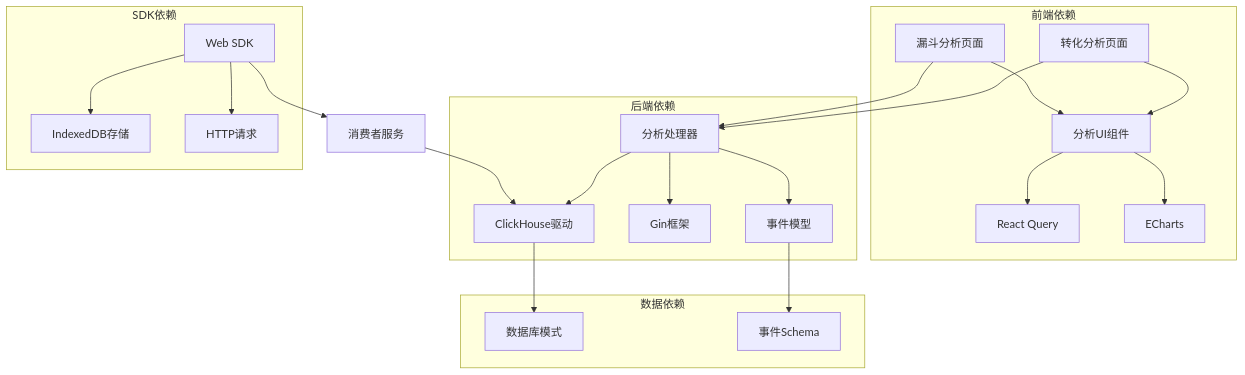
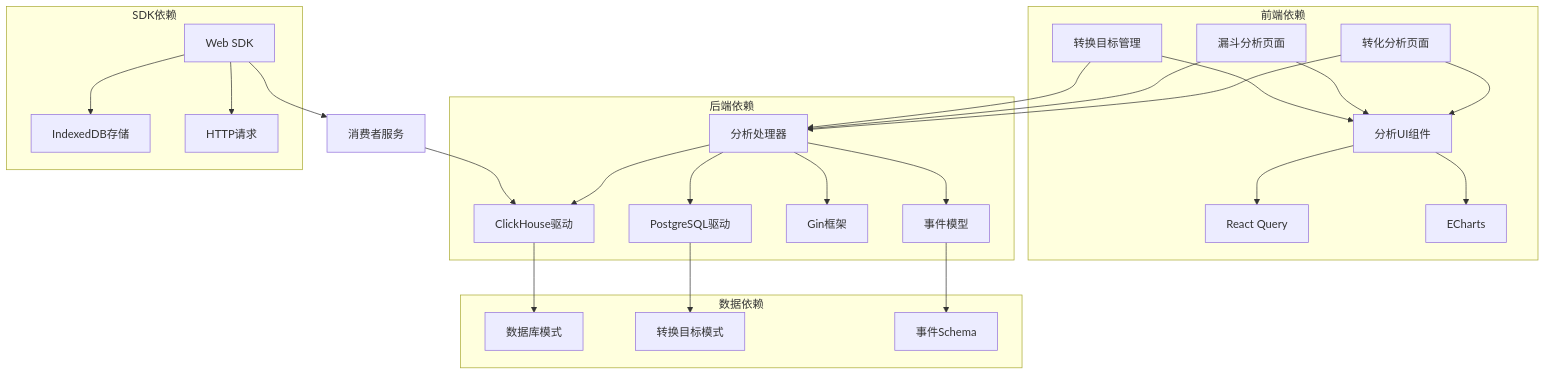
One commit to zhen-zhong/AeroLog changed the eighth of 8 diagrams in .qoder/repowiki/zh/content/Web控制台/转化分析功能.md. Above: the diagram before and after it, drawn with Mermaid. The commit also changed other lines of this file and 97 other files, not shown here.

````diff
--- a/.qoder/repowiki/zh/content/Web控制台/转化分析功能.md
+++ b/.qoder/repowiki/zh/content/Web控制台/转化分析功能.md
@@ -362,26 +484,30 @@
 ```mermaid
 graph TB
 subgraph "前端依赖"
 CONVERSIONS[转化分析页面] --> ANALYTICS_UI[分析UI组件]
 FUNNEL[漏斗分析页面] --> ANALYTICS_UI
+CONVERSION_GOALS[转换目标管理] --> ANALYTICS_UI
 ANALYTICS_UI --> REACT_QUERY[React Query]
 ANALYTICS_UI --> E_CHARTS[ECharts]
 end
 subgraph "后端依赖"
 ANALYTICS_HANDLER[分析处理器] --> CLICKHOUSE[ClickHouse驱动]
+ANALYTICS_HANDLER --> POSTGRES[PostgreSQL驱动]
 ANALYTICS_HANDLER --> GIN[Gin框架]
 ANALYTICS_HANDLER --> MODEL[事件模型]
 end
 subgraph "数据依赖"
 CLICKHOUSE --> SCHEMA[数据库模式]
+POSTGRES --> GOALS_SCHEMA[转换目标模式]
 MODEL --> EVENT_SCHEMA[事件Schema]
 end
 subgraph "SDK依赖"
 WEB_SDK[Web SDK] --> STORAGE[IndexedDB存储]
 WEB_SDK --> FETCH[HTTP请求]
 end
 CONVERSIONS --> ANALYTICS_HANDLER
 FUNNEL --> ANALYTICS_HANDLER
+CONVERSION_GOALS --> ANALYTICS_HANDLER
 WEB_SDK --> CONSUMER[消费者服务]
 CONSUMER --> CLICKHOUSE
 ```
````
